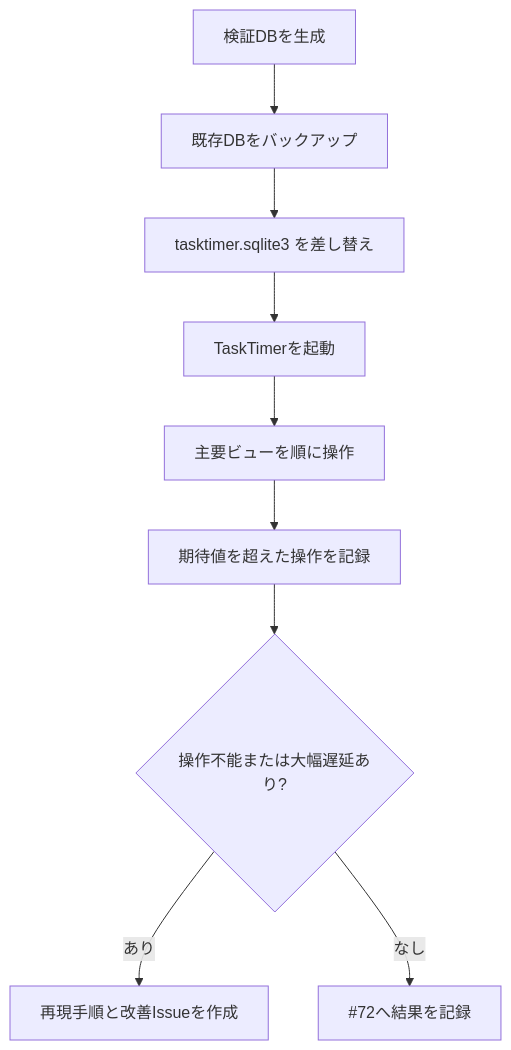
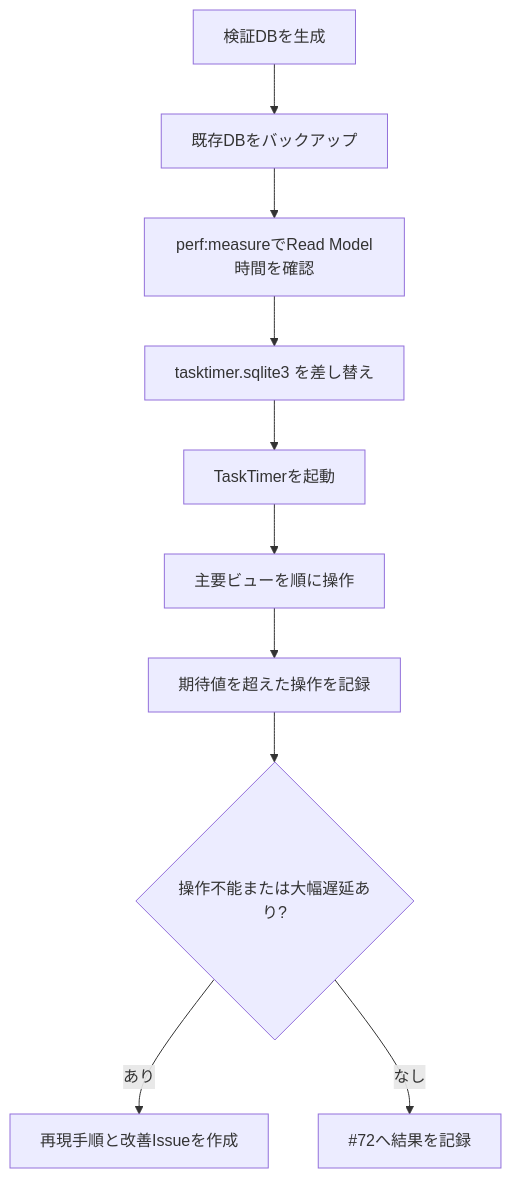
Before and after one commit to yt-hsgw/TaskTimer: the diagram in docs/performance-large-dataset.md, drawn with Mermaid. The commit also changed other lines of this file and 7 other files, not shown here.

````diff
--- a/docs/performance-large-dataset.md
+++ b/docs/performance-large-dataset.md
@@ -101,11 +141,12 @@
 ```mermaid
 flowchart TD
   A["検証DBを生成"] --> B["既存DBをバックアップ"]
-  B --> C["tasktimer.sqlite3 を差し替え"]
-  C --> D["TaskTimerを起動"]
-  D --> E["主要ビューを順に操作"]
-  E --> F["期待値を超えた操作を記録"]
-  F --> G{"操作不能または大幅遅延あり?"}
-  G -- "あり" --> H["再現手順と改善Issueを作成"]
-  G -- "なし" --> I["#72へ結果を記録"]
+  B --> C["perf:measureでRead Model時間を確認"]
+  C --> D["tasktimer.sqlite3 を差し替え"]
+  D --> E["TaskTimerを起動"]
+  E --> F["主要ビューを順に操作"]
+  F --> G["期待値を超えた操作を記録"]
+  G --> H{"操作不能または大幅遅延あり?"}
+  H -- "あり" --> I["再現手順と改善Issueを作成"]
+  H -- "なし" --> J["#72へ結果を記録"]
 ```
````
